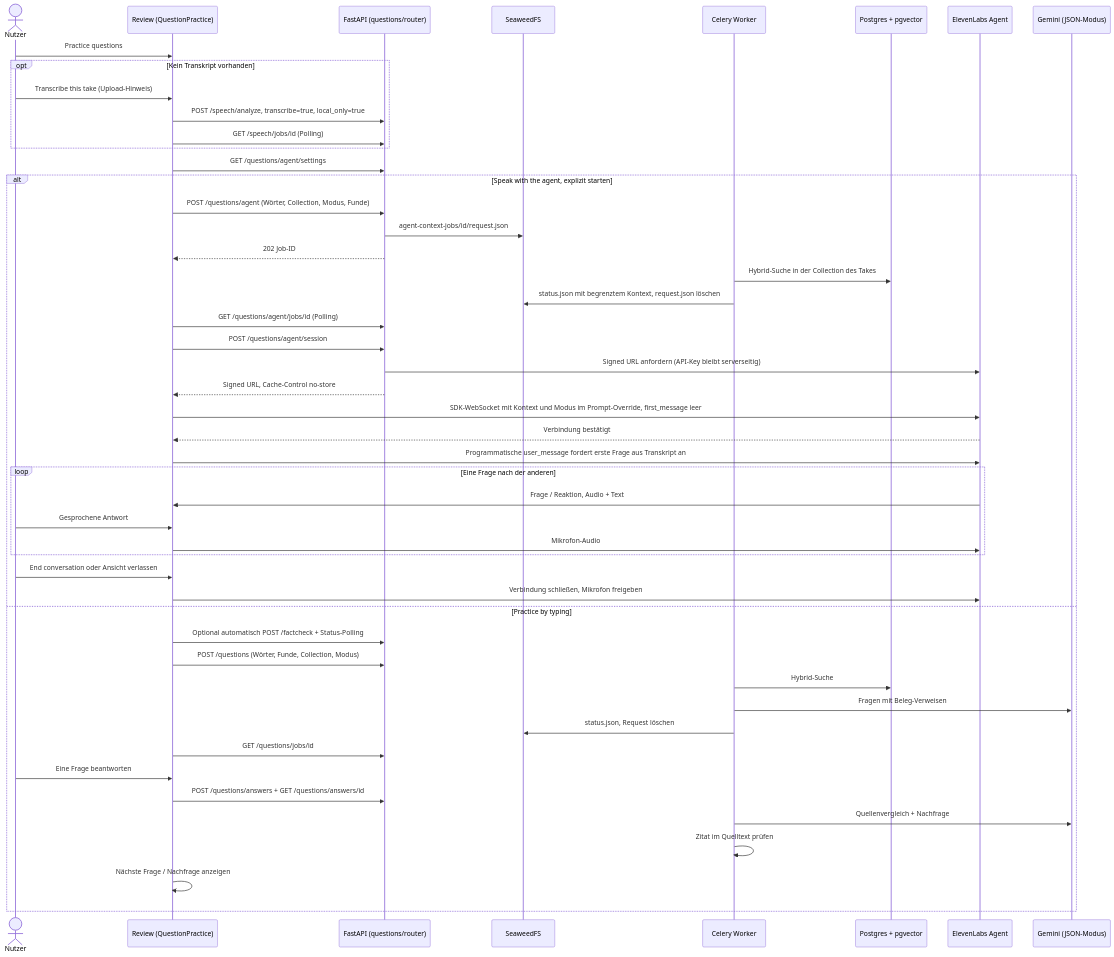
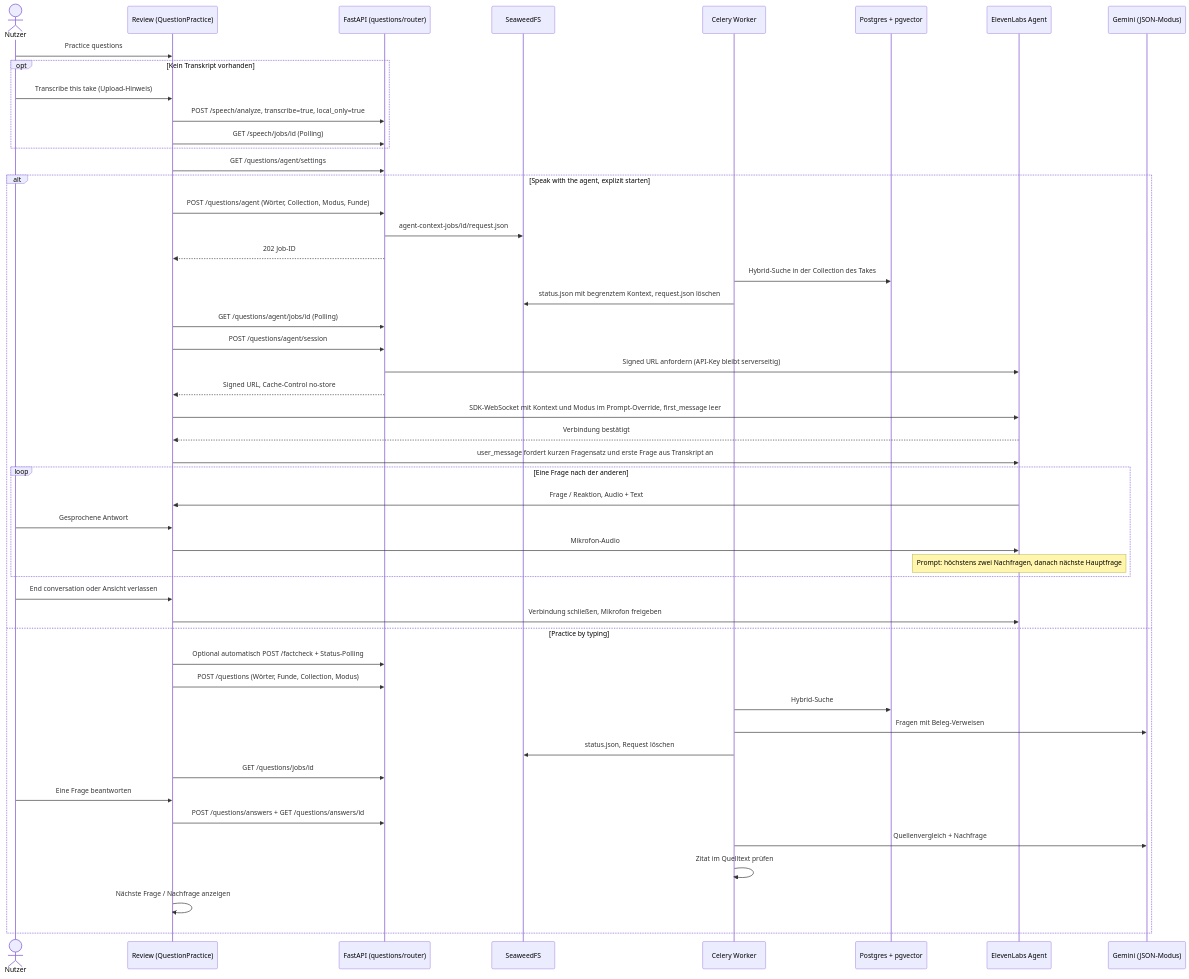
One commit to johannes3502/hackathon-fulda changed the seventh of 12 diagrams in docs/03-architecture.md. Above: the diagram before and after it, drawn with Mermaid. The commit also changed other lines of this file and 6 other files, not shown here.

````diff
--- a/docs/03-architecture.md
+++ b/docs/03-architecture.md
@@ -371,52 +372,53 @@
 ```mermaid
 sequenceDiagram
     actor U as Nutzer
     participant FE as Review (QuestionPractice)
     participant BE as FastAPI (questions/router)
     participant S3 as SeaweedFS
     participant W as Celery Worker
     participant PG as Postgres + pgvector
     participant E as ElevenLabs Agent
     participant L as Gemini (JSON-Modus)
 
     U->>FE: Practice questions
     opt Kein Transkript vorhanden
         U->>FE: Transcribe this take (Upload-Hinweis)
         FE->>BE: POST /speech/analyze, transcribe=true, local_only=true
         FE->>BE: GET /speech/jobs/id (Polling)
     end
     FE->>BE: GET /questions/agent/settings
     alt Speak with the agent, explizit starten
         FE->>BE: POST /questions/agent (Wörter, Collection, Modus, Funde)
         BE->>S3: agent-context-jobs/id/request.json
         BE-->>FE: 202 Job-ID
         W->>PG: Hybrid-Suche in der Collection des Takes
         W->>S3: status.json mit begrenztem Kontext, request.json löschen
         FE->>BE: GET /questions/agent/jobs/id (Polling)
         FE->>BE: POST /questions/agent/session
         BE->>E: Signed URL anfordern (API-Key bleibt serverseitig)
         BE-->>FE: Signed URL, Cache-Control no-store
         FE->>E: SDK-WebSocket mit Kontext und Modus im Prompt-Override, first_message leer
         E-->>FE: Verbindung bestätigt
-        FE->>E: Programmatische user_message fordert erste Frage aus Transkript an
+        FE->>E: user_message fordert kurzen Fragensatz und erste Frage aus Transkript an
         loop Eine Frage nach der anderen
             E->>FE: Frage / Reaktion, Audio + Text
             U->>FE: Gesprochene Antwort
             FE->>E: Mikrofon-Audio
+            Note over E: Prompt: höchstens zwei Nachfragen, danach nächste Hauptfrage
         end
         U->>FE: End conversation oder Ansicht verlassen
         FE->>E: Verbindung schließen, Mikrofon freigeben
     else Practice by typing
         FE->>BE: Optional automatisch POST /factcheck + Status-Polling
         FE->>BE: POST /questions (Wörter, Funde, Collection, Modus)
         W->>PG: Hybrid-Suche
         W->>L: Fragen mit Beleg-Verweisen
         W->>S3: status.json, Request löschen
         FE->>BE: GET /questions/jobs/id
         U->>FE: Eine Frage beantworten
         FE->>BE: POST /questions/answers + GET /questions/answers/id
         W->>L: Quellenvergleich + Nachfrage
         W->>W: Zitat im Quelltext prüfen
         FE->>FE: Nächste Frage / Nachfrage anzeigen
     end
 ```
````
